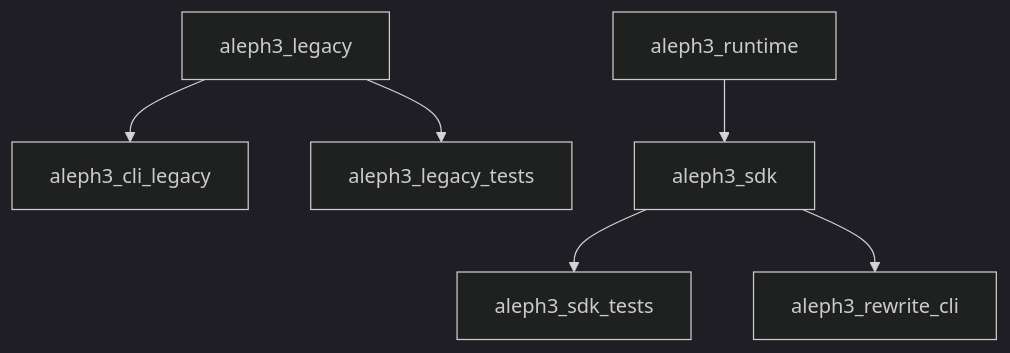
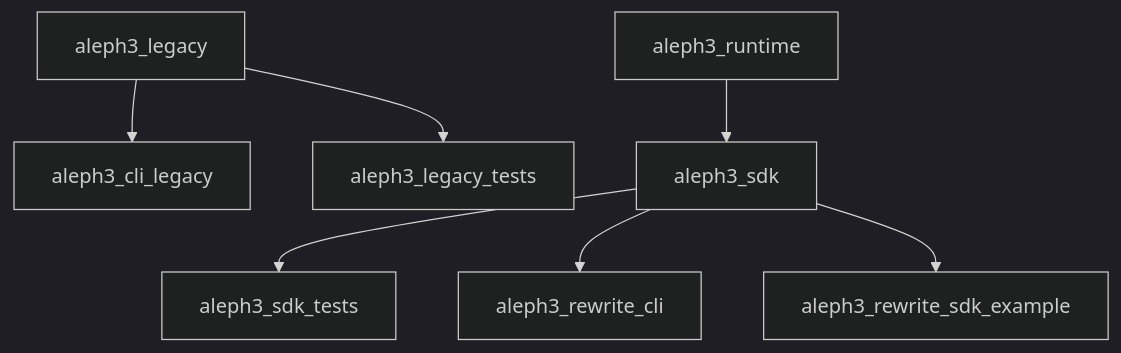
One commit to sergiorf/aleph3 changed the diagram in docs/rewrite/build_and_targets.md. Above: the diagram before and after it, drawn with Mermaid (dark theme). The commit also changed other lines of this file and 20 other files, not shown here.

````diff
--- a/docs/rewrite/build_and_targets.md
+++ b/docs/rewrite/build_and_targets.md
@@ -26,8 +27,9 @@
 ```mermaid
 flowchart TD
     Legacy["aleph3_legacy"] --> LegacyCli["aleph3_cli_legacy"]
     Legacy --> LegacyTests["aleph3_legacy_tests"]
     Runtime["aleph3_runtime"] --> Sdk["aleph3_sdk"]
     Sdk --> SdkTests["aleph3_sdk_tests"]
     Sdk --> RewriteCli["aleph3_rewrite_cli"]
+    Sdk --> RewriteExample["aleph3_rewrite_sdk_example"]
 ```
````
